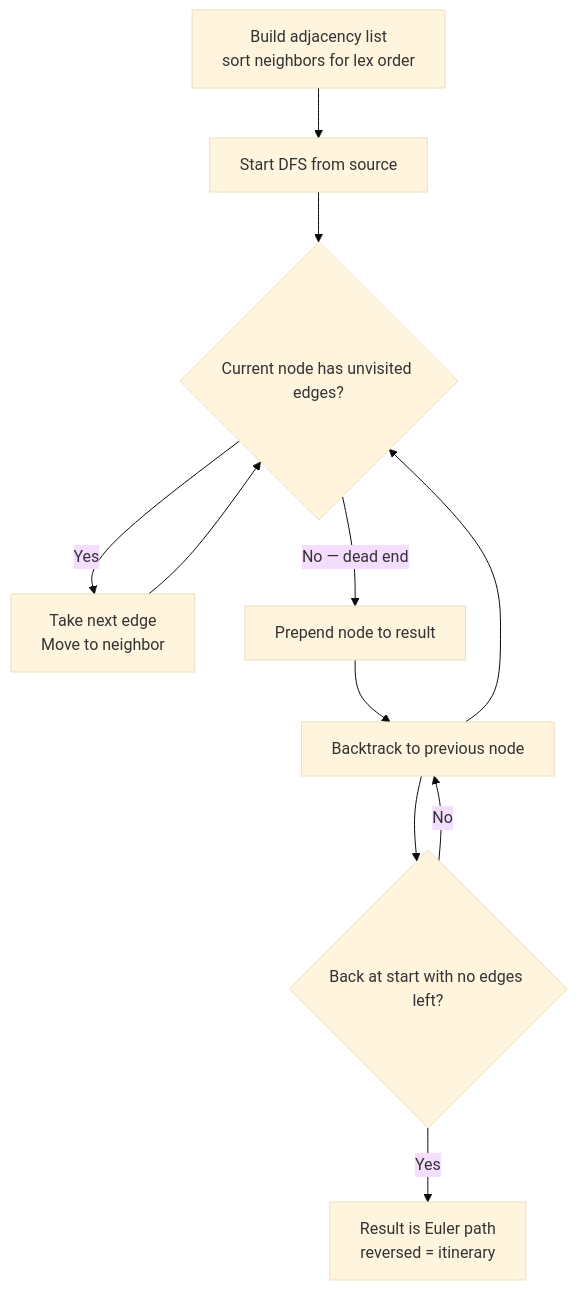
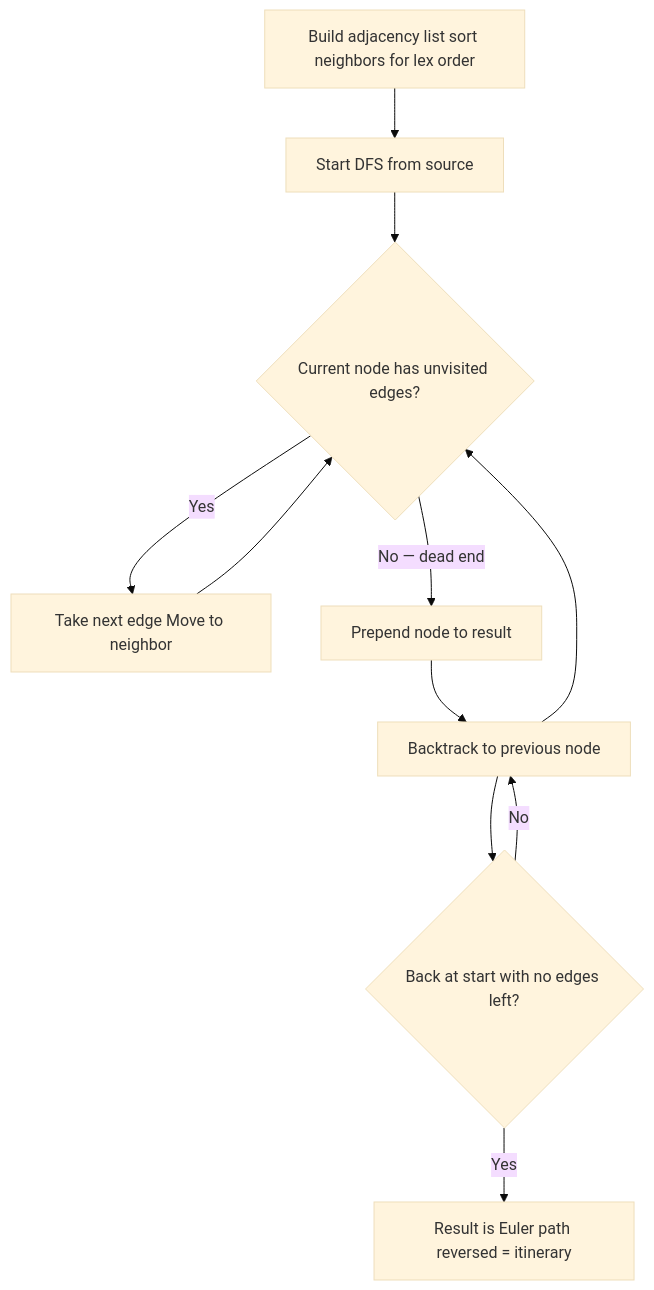
The sixth of 6 diagrams in advanced_graphs/README.md (deepanshu-rawat6/AlgoAtlas), drawn with Mermaid (base theme) before and after one commit. The commit also changed other lines of this file and 13 other files, not shown here.

````diff
--- a/advanced_graphs/README.md
+++ b/advanced_graphs/README.md
@@ -132,13 +132,13 @@
 ```mermaid
 flowchart TD
-    A[Build adjacency list<br>sort neighbors for lex order] --> B[Start DFS from source]
+    A[Build adjacency list sort neighbors for lex order] --> B[Start DFS from source]
     B --> C{"Current node has unvisited edges?"}
-    C -->|Yes| D[Take next edge<br>Move to neighbor]
+    C -->|Yes| D[Take next edge Move to neighbor]
     D --> C
     C -->|No — dead end| E[Prepend node to result]
     E --> F[Backtrack to previous node]
     F --> C
     F --> G{"Back at start with no edges left?"}
-    G -->|Yes| H[Result is Euler path<br>reversed = itinerary]
+    G -->|Yes| H[Result is Euler path reversed = itinerary]
     G -->|No| F
 ```
````
